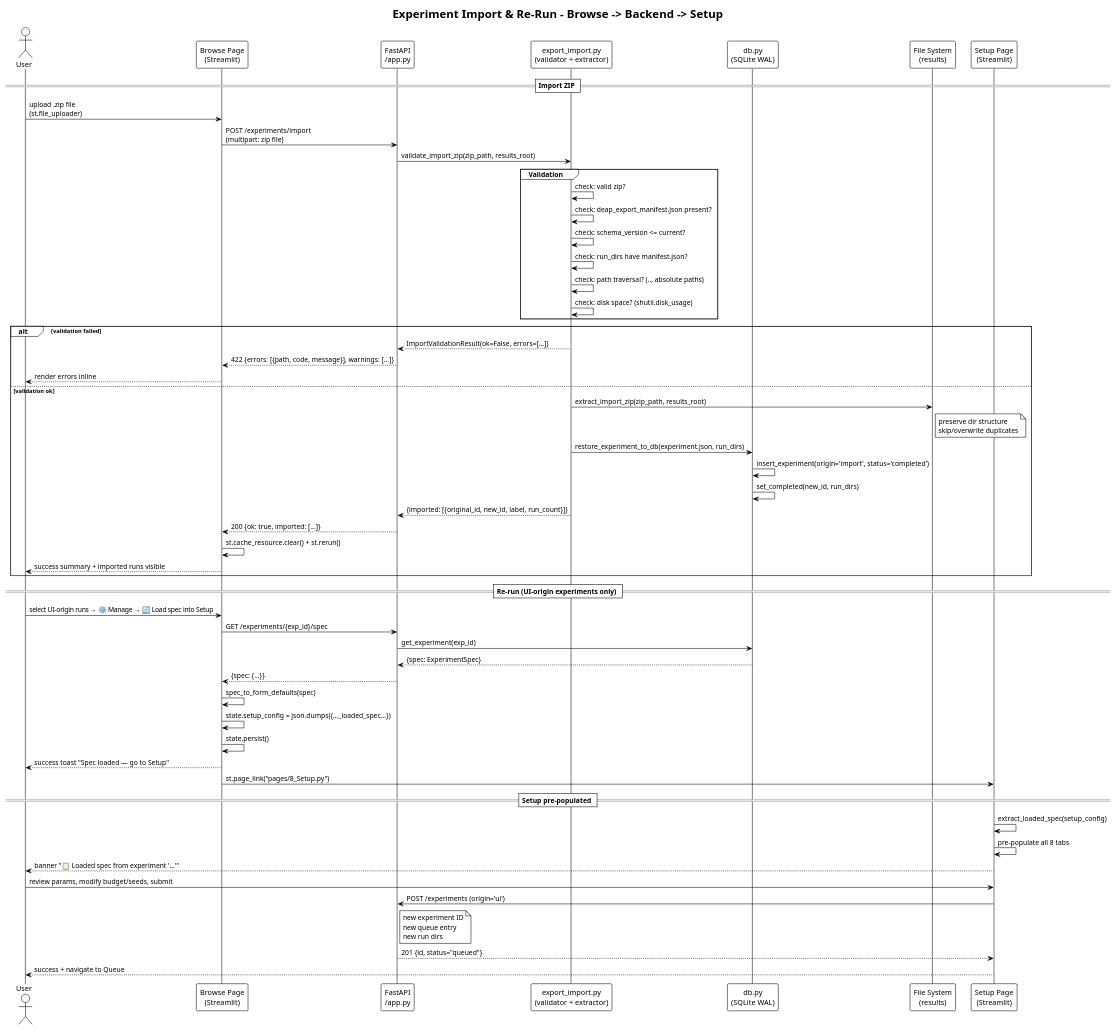
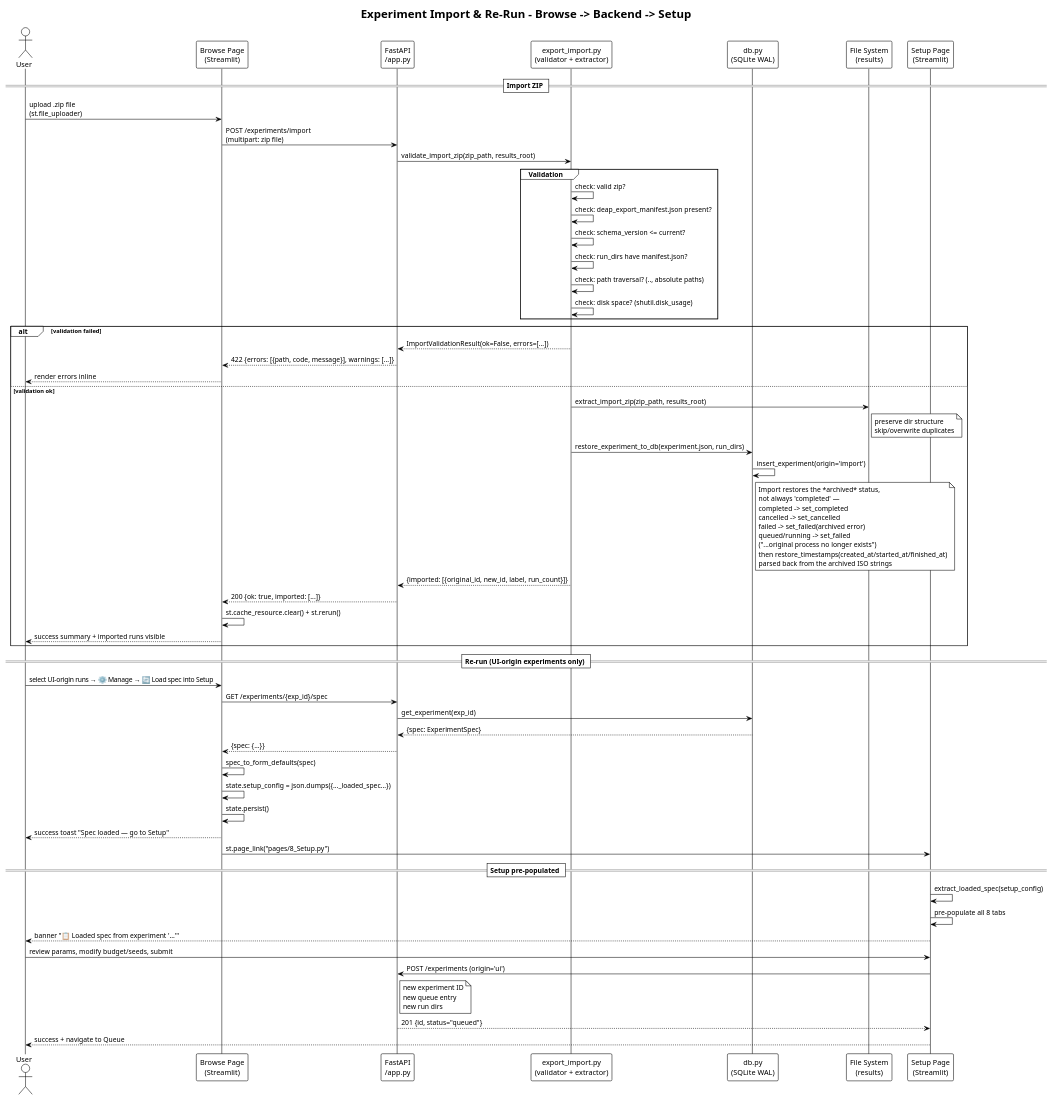
The diagram in docs/UML/sequence_import_rerun.puml (Alex180504/DEAP-Zoo-bridge), drawn with PlantUML before and after one commit. The commit also changed 9 other files, not shown here.

```diff
--- a/docs/UML/sequence_import_rerun.puml
+++ b/docs/UML/sequence_import_rerun.puml
@@ -1,65 +1,65 @@
 @startuml sequence_import_rerun
 !theme plain
 title Experiment Import & Re-Run – Browse -> Backend -> Setup
 
 actor User
 participant "Browse Page\n(Streamlit)" as Browse
 participant "FastAPI\n/app.py" as API
 participant "export_import.py\n(validator + extractor)" as EI
 participant "db.py\n(SQLite WAL)" as DB
 participant "File System\n(results)" as FS
 participant "Setup Page\n(Streamlit)" as Setup
 
 == Import ZIP ==
 User -> Browse: upload .zip file\n(st.file_uploader)
 Browse -> API: POST /experiments/import\n(multipart: zip file)
 API -> EI: validate_import_zip(zip_path, results_root)
 
 group Validation
     EI -> EI: check: valid zip?
     EI -> EI: check: deap_export_manifest.json present?
     EI -> EI: check: schema_version <= current?
     EI -> EI: check: run_dirs have manifest.json?
     EI -> EI: check: path traversal? (.., absolute paths)
     EI -> EI: check: disk space? (shutil.disk_usage)
 end
 
 alt validation failed
     EI --> API: ImportValidationResult(ok=False, errors=[...])
     API --> Browse: 422 {errors: [{path, code, message}], warnings: [...]}
     Browse --> User: render errors inline
 else validation ok
     EI -> FS: extract_import_zip(zip_path, results_root)
     note right of FS: preserve dir structure\nskip/overwrite duplicates
     EI -> DB: restore_experiment_to_db(experiment.json, run_dirs)
-    DB -> DB: insert_experiment(origin='import', status='completed')
-    DB -> DB: set_completed(new_id, run_dirs)
+    DB -> DB: insert_experiment(origin='import')
+    note right of DB: Import restores the *archived* status,\nnot always 'completed' —\ncompleted -> set_completed\ncancelled -> set_cancelled\nfailed -> set_failed(archived error)\nqueued/running -> set_failed\n("...original process no longer exists")\nthen restore_timestamps(created_at/started_at/finished_at)\nparsed back from the archived ISO strings
     EI --> API: {imported: [{original_id, new_id, label, run_count}]}
     API --> Browse: 200 {ok: true, imported: [...]}
     Browse -> Browse: st.cache_resource.clear() + st.rerun()
     Browse --> User: success summary + imported runs visible
 end
 
 == Re-run (UI-origin experiments only) ==
 User -> Browse: select UI-origin runs → ⚙️ Manage → 🔄 Load spec into Setup
 Browse -> API: GET /experiments/{exp_id}/spec
 API -> DB: get_experiment(exp_id)
 DB --> API: {spec: ExperimentSpec}
 API --> Browse: {spec: {...}}
 Browse -> Browse: spec_to_form_defaults(spec)
 Browse -> Browse: state.setup_config = json.dumps({..._loaded_spec...})
 Browse -> Browse: state.persist()
 Browse --> User: success toast "Spec loaded — go to Setup"
 Browse -> Setup: st.page_link("pages/8_Setup.py")
 
 == Setup pre-populated ==
 Setup -> Setup: extract_loaded_spec(setup_config)
 Setup -> Setup: pre-populate all 8 tabs
 Setup --> User: banner "📋 Loaded spec from experiment '...'"
 User -> Setup: review params, modify budget/seeds, submit
 Setup -> API: POST /experiments (origin='ui')
 note right of API: new experiment ID\nnew queue entry\nnew run dirs
 API --> Setup: 201 {id, status="queued"}
 Setup --> User: success + navigate to Queue
 
 @enduml
```
